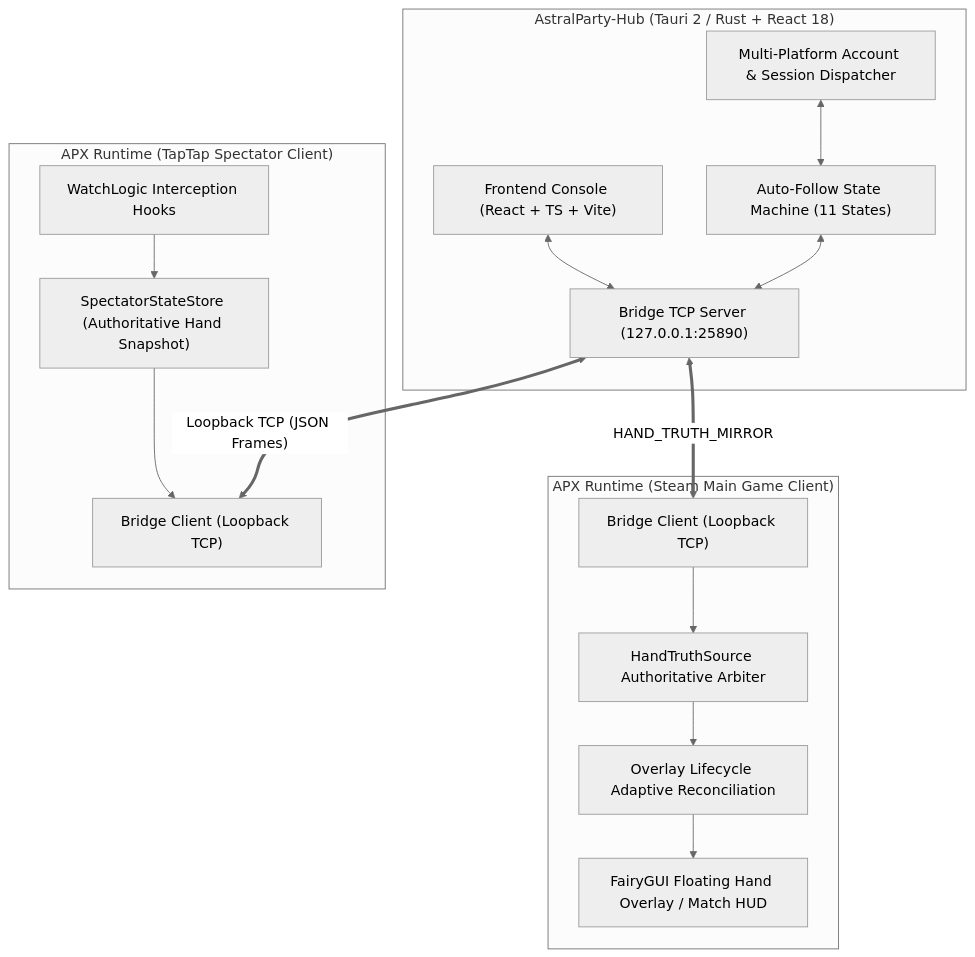
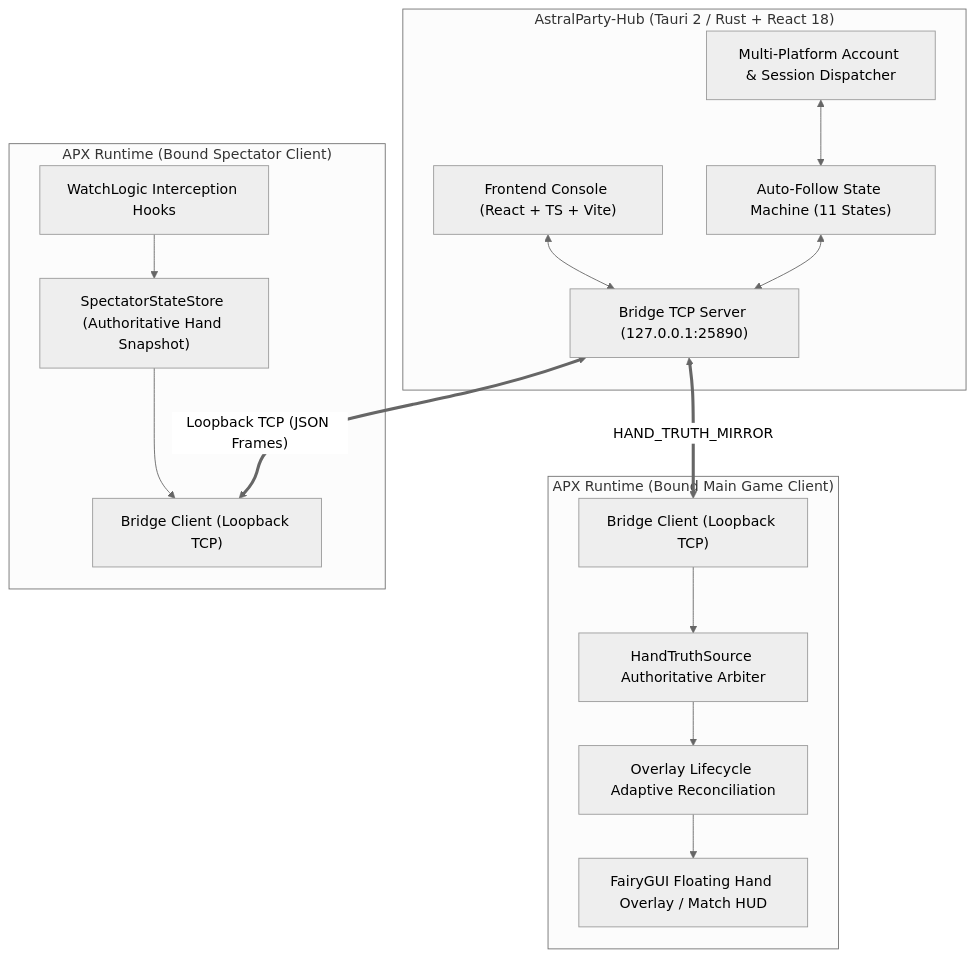
The diagram in README.md (Breezecaresses/Xingshu-hub), drawn with Mermaid (neutral theme) before and after one commit. The commit also changed other lines of this file and 2 other files, not shown here.

Commit message:
fix: preserve published docs during source exports and clarify runtime status

````diff
--- a/README.md
+++ b/README.md
@@ -33,33 +45,33 @@
 ```mermaid
 flowchart TD
     subgraph Hub["AstralParty-Hub (Tauri 2 / Rust + React 18)"]
         UI["Frontend Console (React + TS + Vite)"]
         FSM["Auto-Follow State Machine (11 States)"]
         TCPServer["Bridge TCP Server (127.0.0.1:25890)"]
         AccountMgr["Multi-Platform Account & Session Dispatcher"]
         UI <--> TCPServer
         FSM <--> TCPServer
         AccountMgr <--> FSM
     end
 
-    subgraph RuntimeSpectator["APX Runtime (TapTap Spectator Client)"]
+    subgraph RuntimeSpectator["APX Runtime (Bound Spectator Client)"]
         SpecHook["WatchLogic Interception Hooks"]
         SpecStore["SpectatorStateStore (Authoritative Hand Snapshot)"]
         SpecBridge["Bridge Client (Loopback TCP)"]
         SpecHook --> SpecStore
         SpecStore --> SpecBridge
     end
 
-    subgraph RuntimeMain["APX Runtime (Steam Main Game Client)"]
+    subgraph RuntimeMain["APX Runtime (Bound Main Game Client)"]
         MainBridge["Bridge Client (Loopback TCP)"]
         TruthSource["HandTruthSource Authoritative Arbiter"]
         Reconcile["Overlay Lifecycle Adaptive Reconciliation"]
         FairyGUI["FairyGUI Floating Hand Overlay / Match HUD"]
         MainBridge --> TruthSource
         TruthSource --> Reconcile
         Reconcile --> FairyGUI
     end
 
     TCPServer <== "Loopback TCP (JSON Frames)" ==> SpecBridge
     TCPServer <== "HAND_TRUTH_MIRROR" ==> MainBridge
 ```
````
